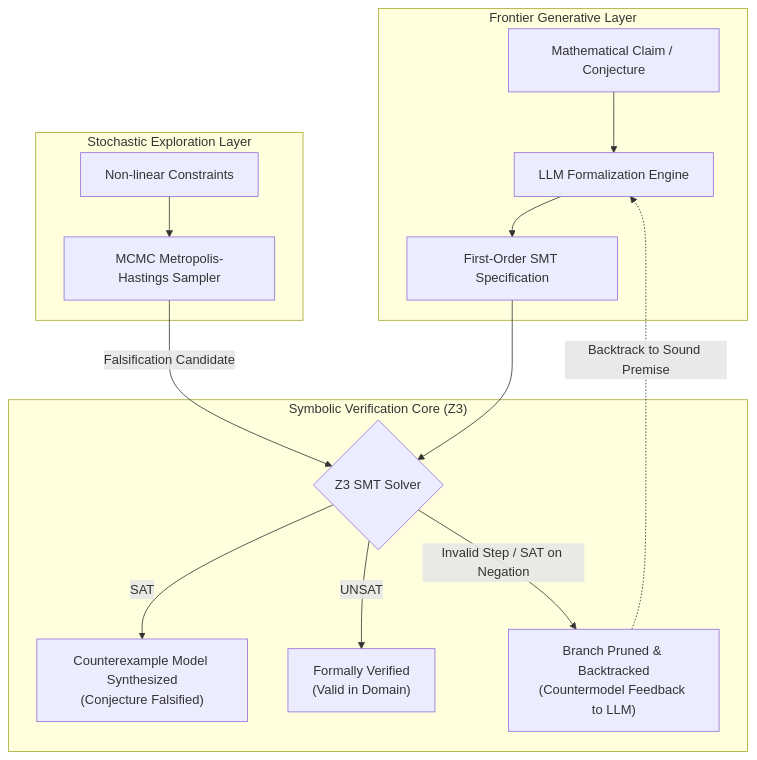
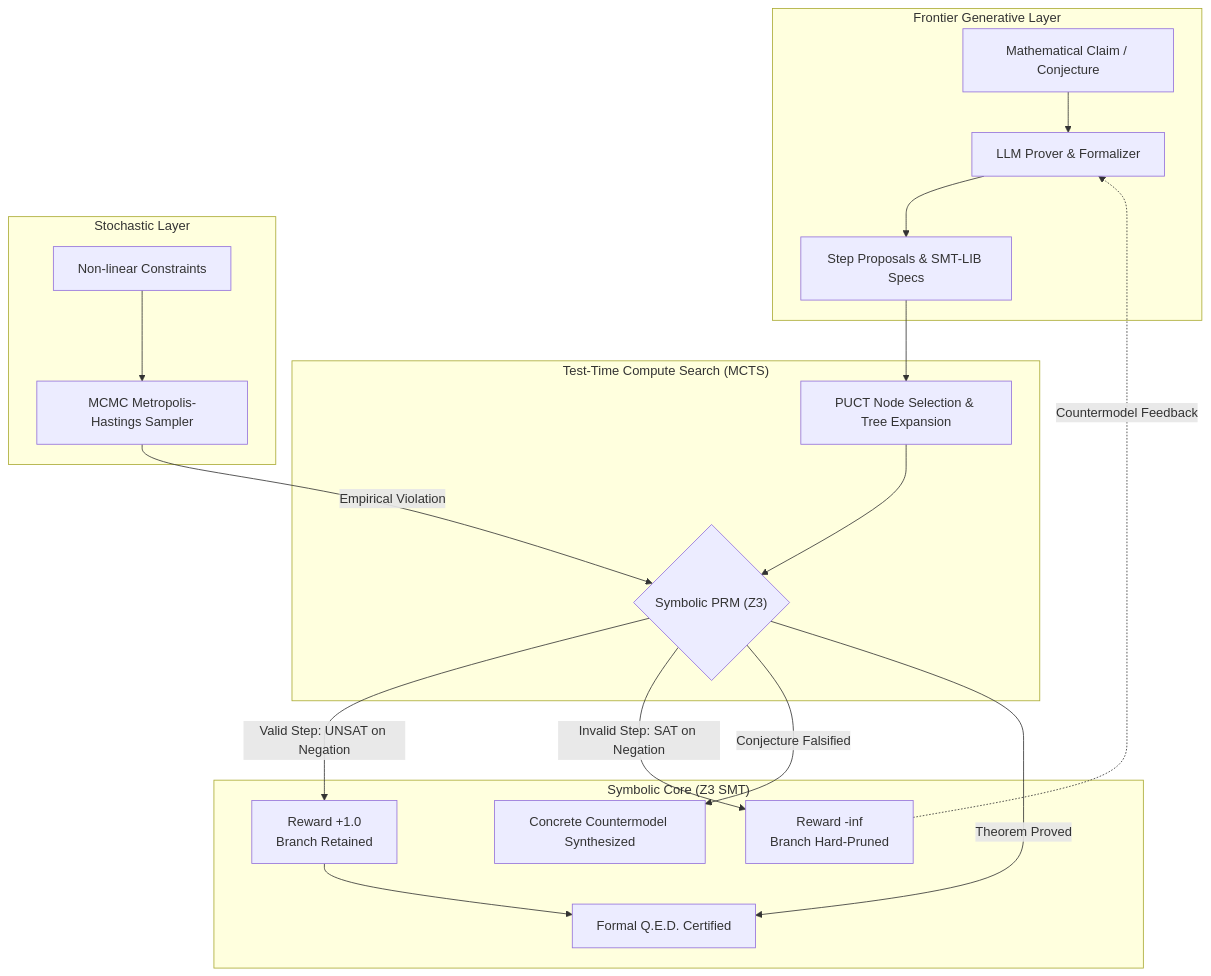
One commit to eliottrouvier/llm-z3-verifier changed the first of 2 diagrams in README.md. Above: the diagram before and after it, drawn with Mermaid. The commit also changed other lines of this file and 24 other files, not shown here.

Commit message:
feat: research expansion - MCTS with PRM, Ramsey R(3,3)=6 prover, SMT-LIB parser, visualizer, 20 benchmark theorems and THEORY monograph

````diff
--- a/README.md
+++ b/README.md
@@ -22,21 +30,27 @@
 ```mermaid
 flowchart TD
-    subgraph Frontend ["Frontier Generative Layer"]
-        A["Mathematical Claim / Conjecture"] --> B["LLM Formalization Engine"]
-        B --> C["First-Order SMT Specification"]
+    subgraph Generative ["Frontier Generative Layer"]
+        A["Mathematical Claim / Conjecture"] --> B["LLM Prover & Formalizer"]
+        B --> C["Step Proposals & SMT-LIB Specs"]
     end
 
-    subgraph SymbolicCore ["Symbolic Verification Core (Z3)"]
-        C --> D{"Z3 SMT Solver"}
-        D -->|SAT| E["Counterexample Model Synthesized<br/>(Conjecture Falsified)"]
-        D -->|UNSAT| F["Formally Verified<br/>(Valid in Domain)"]
-        D -->|Invalid Step / SAT on Negation| G["Branch Pruned & Backtracked<br/>(Countermodel Feedback to LLM)"]
+    subgraph Search ["Test-Time Compute Search (MCTS)"]
+        C --> D["PUCT Node Selection & Tree Expansion"]
+        D --> E{"Symbolic PRM (Z3)"}
     end
 
-    subgraph StochasticLayer ["Stochastic Exploration Layer"]
-        H["Non-linear Constraints"] --> I["MCMC Metropolis-Hastings Sampler"]
-        I -->|Falsification Candidate| D
+    subgraph VerificationCore ["Symbolic Core (Z3 SMT)"]
+        E -->|Valid Step: UNSAT on Negation| F["Reward +1.0<br/>Branch Retained"]
+        E -->|Invalid Step: SAT on Negation| G["Reward -inf<br/>Branch Hard-Pruned"]
+        G -.->|Countermodel Feedback| B
+        E -->|Conjecture Falsified| H["Concrete Countermodel Synthesized"]
+        E -->|Theorem Proved| I["Formal Q.E.D. Certified"]
     end
 
-    G -.->|Backtrack to Sound Premise| B
+    subgraph StochasticLayer ["Stochastic Layer"]
+        J["Non-linear Constraints"] --> K["MCMC Metropolis-Hastings Sampler"]
+        K -->|Empirical Violation| E
+    end
+
+    F --> I
 ```
````
